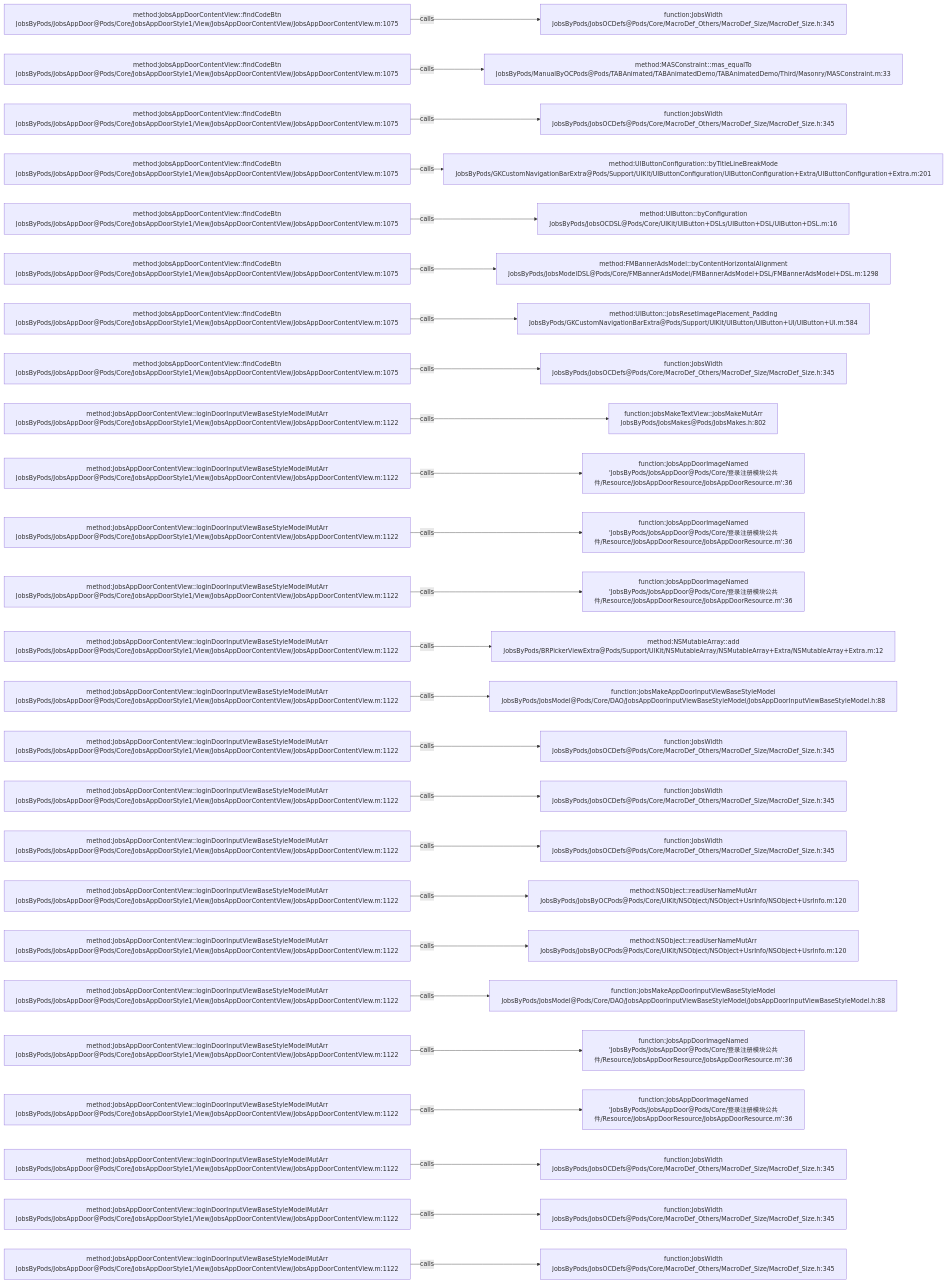
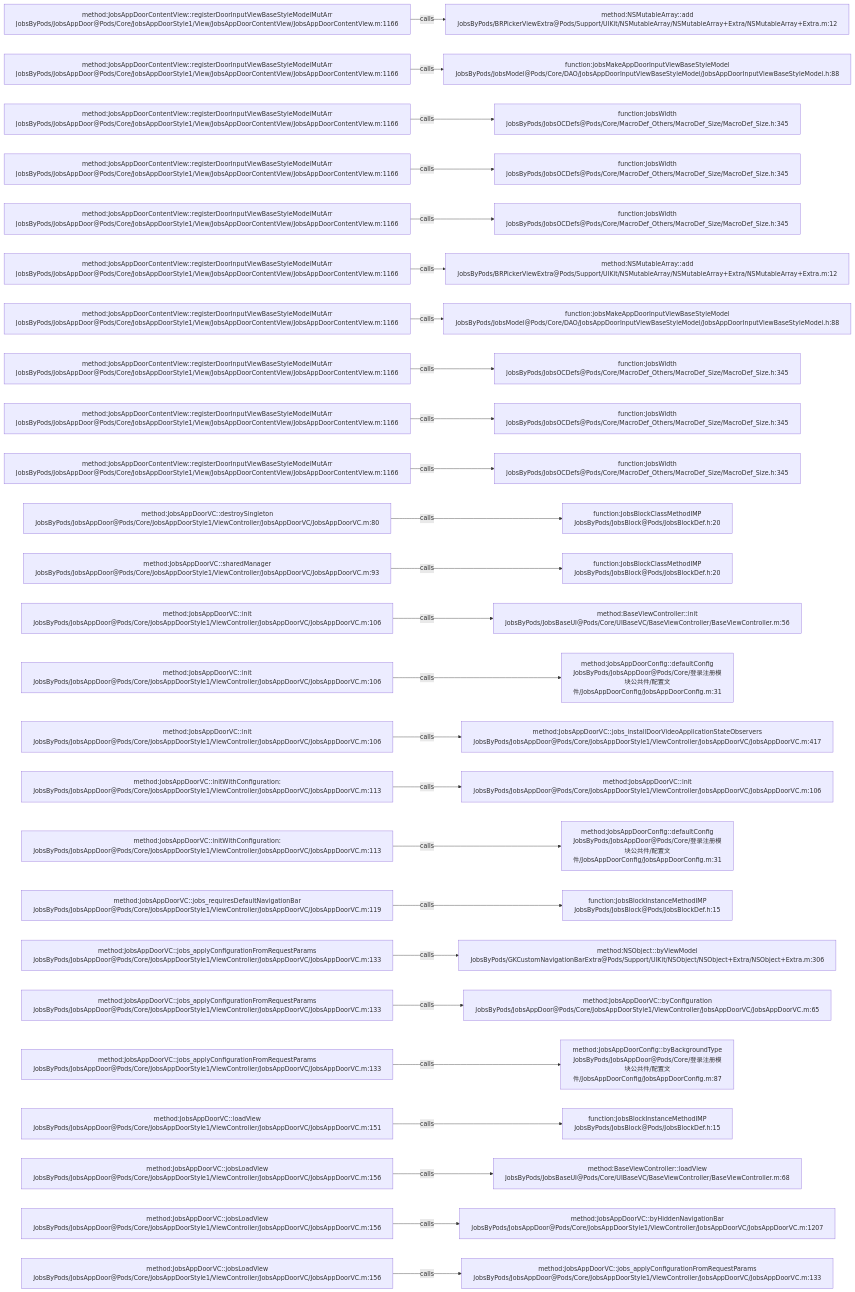
One commit to JobsKits/JobsOCBaseConfigDemo changed the diagram in .codegraph/codegraph.md/graphs/calls-104.md. Above: the diagram before and after it, drawn with Mermaid. The commit also changed 223 other files, not shown here.

````diff
--- a/.codegraph/codegraph.md/graphs/calls-104.md
+++ b/.codegraph/codegraph.md/graphs/calls-104.md
@@ -13,78 +13,78 @@
 ```mermaid
 flowchart LR
-  S1["method:JobsAppDoorContentView::findCodeBtn<br/>JobsByPods/JobsAppDoor@Pods/Core/JobsAppDoorStyle1/View/JobsAppDoorContentView/JobsAppDoorContentView.m:1075"]
-  T1["function:JobsWidth<br/>JobsByPods/JobsOCDefs@Pods/Core/MacroDef_Others/MacroDef_Size/MacroDef_Size.h:345"]
+  S1["method:JobsAppDoorContentView::registerDoorInputViewBaseStyleModelMutArr<br/>JobsByPods/JobsAppDoor@Pods/Core/JobsAppDoorStyle1/View/JobsAppDoorContentView/JobsAppDoorContentView.m:1166"]
+  T1["method:NSMutableArray::add<br/>JobsByPods/BRPickerViewExtra@Pods/Support/UIKit/NSMutableArray/NSMutableArray+Extra/NSMutableArray+Extra.m:12"]
   S1 -->|calls| T1
-  S2["method:JobsAppDoorContentView::findCodeBtn<br/>JobsByPods/JobsAppDoor@Pods/Core/JobsAppDoorStyle1/View/JobsAppDoorContentView/JobsAppDoorContentView.m:1075"]
-  T2["method:MASConstraint::mas_equalTo<br/>JobsByPods/ManualByOCPods@Pods/TABAnimated/TABAnimatedDemo/TABAnimatedDemo/Third/Masonry/MASConstraint.m:33"]
+  S2["method:JobsAppDoorContentView::registerDoorInputViewBaseStyleModelMutArr<br/>JobsByPods/JobsAppDoor@Pods/Core/JobsAppDoorStyle1/View/JobsAppDoorContentView/JobsAppDoorContentView.m:1166"]
+  T2["function:jobsMakeAppDoorInputViewBaseStyleModel<br/>JobsByPods/JobsModel@Pods/Core/DAO/JobsAppDoorInputViewBaseStyleModel/JobsAppDoorInputViewBaseStyleModel.h:88"]
   S2 -->|calls| T2
-  S3["method:JobsAppDoorContentView::findCodeBtn<br/>JobsByPods/JobsAppDoor@Pods/Core/JobsAppDoorStyle1/View/JobsAppDoorContentView/JobsAppDoorContentView.m:1075"]
+  S3["method:JobsAppDoorContentView::registerDoorInputViewBaseStyleModelMutArr<br/>JobsByPods/JobsAppDoor@Pods/Core/JobsAppDoorStyle1/View/JobsAppDoorContentView/JobsAppDoorContentView.m:1166"]
   T3["function:JobsWidth<br/>JobsByPods/JobsOCDefs@Pods/Core/MacroDef_Others/MacroDef_Size/MacroDef_Size.h:345"]
   S3 -->|calls| T3
-  S4["method:JobsAppDoorContentView::findCodeBtn<br/>JobsByPods/JobsAppDoor@Pods/Core/JobsAppDoorStyle1/View/JobsAppDoorContentView/JobsAppDoorContentView.m:1075"]
-  T4["method:UIButtonConfiguration::byTitleLineBreakMode<br/>JobsByPods/GKCustomNavigationBarExtra@Pods/Support/UIKit/UIButtonConfiguration/UIButtonConfiguration+Extra/UIButtonConfiguration+Extra.m:201"]
+  S4["method:JobsAppDoorContentView::registerDoorInputViewBaseStyleModelMutArr<br/>JobsByPods/JobsAppDoor@Pods/Core/JobsAppDoorStyle1/View/JobsAppDoorContentView/JobsAppDoorContentView.m:1166"]
+  T4["function:JobsWidth<br/>JobsByPods/JobsOCDefs@Pods/Core/MacroDef_Others/MacroDef_Size/MacroDef_Size.h:345"]
   S4 -->|calls| T4
-  S5["method:JobsAppDoorContentView::findCodeBtn<br/>JobsByPods/JobsAppDoor@Pods/Core/JobsAppDoorStyle1/View/JobsAppDoorContentView/JobsAppDoorContentView.m:1075"]
-  T5["method:UIButton::byConfiguration<br/>JobsByPods/JobsOCDSL@Pods/Core/UIKit/UIButton+DSLs/UIButton+DSL/UIButton+DSL.m:16"]
+  S5["method:JobsAppDoorContentView::registerDoorInputViewBaseStyleModelMutArr<br/>JobsByPods/JobsAppDoor@Pods/Core/JobsAppDoorStyle1/View/JobsAppDoorContentView/JobsAppDoorContentView.m:1166"]
+  T5["function:JobsWidth<br/>JobsByPods/JobsOCDefs@Pods/Core/MacroDef_Others/MacroDef_Size/MacroDef_Size.h:345"]
   S5 -->|calls| T5
-  S6["method:JobsAppDoorContentView::findCodeBtn<br/>JobsByPods/JobsAppDoor@Pods/Core/JobsAppDoorStyle1/View/JobsAppDoorContentView/JobsAppDoorContentView.m:1075"]
-  T6["method:FMBannerAdsModel::byContentHorizontalAlignment<br/>JobsByPods/JobsModelDSL@Pods/Core/FMBannerAdsModel/FMBannerAdsModel+DSL/FMBannerAdsModel+DSL.m:1298"]
+  S6["method:JobsAppDoorContentView::registerDoorInputViewBaseStyleModelMutArr<br/>JobsByPods/JobsAppDoor@Pods/Core/JobsAppDoorStyle1/View/JobsAppDoorContentView/JobsAppDoorContentView.m:1166"]
+  T6["method:NSMutableArray::add<br/>JobsByPods/BRPickerViewExtra@Pods/Support/UIKit/NSMutableArray/NSMutableArray+Extra/NSMutableArray+Extra.m:12"]
   S6 -->|calls| T6
-  S7["method:JobsAppDoorContentView::findCodeBtn<br/>JobsByPods/JobsAppDoor@Pods/Core/JobsAppDoorStyle1/View/JobsAppDoorContentView/JobsAppDoorContentView.m:1075"]
-  T7["method:UIButton::jobsResetImagePlacement_Padding<br/>JobsByPods/GKCustomNavigationBarExtra@Pods/Support/UIKit/UIButton/UIButton+UI/UIButton+UI.m:584"]
+  S7["method:JobsAppDoorContentView::registerDoorInputViewBaseStyleModelMutArr<br/>JobsByPods/JobsAppDoor@Pods/Core/JobsAppDoorStyle1/View/JobsAppDoorContentView/JobsAppDoorContentView.m:1166"]
+  T7["function:jobsMakeAppDoorInputViewBaseStyleModel<br/>JobsByPods/JobsModel@Pods/Core/DAO/JobsAppDoorInputViewBaseStyleModel/JobsAppDoorInputViewBaseStyleModel.h:88"]
   S7 -->|calls| T7
-  S8["method:JobsAppDoorContentView::findCodeBtn<br/>JobsByPods/JobsAppDoor@Pods/Core/JobsAppDoorStyle1/View/JobsAppDoorContentView/JobsAppDoorContentView.m:1075"]
+  S8["method:JobsAppDoorContentView::registerDoorInputViewBaseStyleModelMutArr<br/>JobsByPods/JobsAppDoor@Pods/Core/JobsAppDoorStyle1/View/JobsAppDoorContentView/JobsAppDoorContentView.m:1166"]
   T8["function:JobsWidth<br/>JobsByPods/JobsOCDefs@Pods/Core/MacroDef_Others/MacroDef_Size/MacroDef_Size.h:345"]
   S8 -->|calls| T8
-  S9["method:JobsAppDoorContentView::loginDoorInputViewBaseStyleModelMutArr<br/>JobsByPods/JobsAppDoor@Pods/Core/JobsAppDoorStyle1/View/JobsAppDoorContentView/JobsAppDoorContentView.m:1122"]
-  T9["function:jobsMakeTextView::jobsMakeMutArr<br/>JobsByPods/JobsMakes@Pods/JobsMakes.h:802"]
+  S9["method:JobsAppDoorContentView::registerDoorInputViewBaseStyleModelMutArr<br/>JobsByPods/JobsAppDoor@Pods/Core/JobsAppDoorStyle1/View/JobsAppDoorContentView/JobsAppDoorContentView.m:1166"]
+  T9["function:JobsWidth<br/>JobsByPods/JobsOCDefs@Pods/Core/MacroDef_Others/MacroDef_Size/MacroDef_Size.h:345"]
   S9 -->|calls| T9
-  S10["method:JobsAppDoorContentView::loginDoorInputViewBaseStyleModelMutArr<br/>JobsByPods/JobsAppDoor@Pods/Core/JobsAppDoorStyle1/View/JobsAppDoorContentView/JobsAppDoorContentView.m:1122"]
-  T10["function:JobsAppDoorImageNamed<br/>'JobsByPods/JobsAppDoor@Pods/Core/登录注册模块公共件/Resource/JobsAppDoorResource/JobsAppDoorResource.m':36"]
+  S10["method:JobsAppDoorContentView::registerDoorInputViewBaseStyleModelMutArr<br/>JobsByPods/JobsAppDoor@Pods/Core/JobsAppDoorStyle1/View/JobsAppDoorContentView/JobsAppDoorContentView.m:1166"]
+  T10["function:JobsWidth<br/>JobsByPods/JobsOCDefs@Pods/Core/MacroDef_Others/MacroDef_Size/MacroDef_Size.h:345"]
   S10 -->|calls| T10
-  S11["method:JobsAppDoorContentView::loginDoorInputViewBaseStyleModelMutArr<br/>JobsByPods/JobsAppDoor@Pods/Core/JobsAppDoorStyle1/View/JobsAppDoorContentView/JobsAppDoorContentView.m:1122"]
-  T11["function:JobsAppDoorImageNamed<br/>'JobsByPods/JobsAppDoor@Pods/Core/登录注册模块公共件/Resource/JobsAppDoorResource/JobsAppDoorResource.m':36"]
+  S11["method:JobsAppDoorVC::destroySingleton<br/>JobsByPods/JobsAppDoor@Pods/Core/JobsAppDoorStyle1/ViewController/JobsAppDoorVC/JobsAppDoorVC.m:80"]
+  T11["function:JobsBlockClassMethodIMP<br/>JobsByPods/JobsBlock@Pods/JobsBlockDef.h:20"]
   S11 -->|calls| T11
-  S12["method:JobsAppDoorContentView::loginDoorInputViewBaseStyleModelMutArr<br/>JobsByPods/JobsAppDoor@Pods/Core/JobsAppDoorStyle1/View/JobsAppDoorContentView/JobsAppDoorContentView.m:1122"]
-  T12["function:JobsAppDoorImageNamed<br/>'JobsByPods/JobsAppDoor@Pods/Core/登录注册模块公共件/Resource/JobsAppDoorResource/JobsAppDoorResource.m':36"]
+  S12["method:JobsAppDoorVC::sharedManager<br/>JobsByPods/JobsAppDoor@Pods/Core/JobsAppDoorStyle1/ViewController/JobsAppDoorVC/JobsAppDoorVC.m:93"]
+  T12["function:JobsBlockClassMethodIMP<br/>JobsByPods/JobsBlock@Pods/JobsBlockDef.h:20"]
   S12 -->|calls| T12
-  S13["method:JobsAppDoorContentView::loginDoorInputViewBaseStyleModelMutArr<br/>JobsByPods/JobsAppDoor@Pods/Core/JobsAppDoorStyle1/View/JobsAppDoorContentView/JobsAppDoorContentView.m:1122"]
-  T13["method:NSMutableArray::add<br/>JobsByPods/BRPickerViewExtra@Pods/Support/UIKit/NSMutableArray/NSMutableArray+Extra/NSMutableArray+Extra.m:12"]
+  S13["method:JobsAppDoorVC::init<br/>JobsByPods/JobsAppDoor@Pods/Core/JobsAppDoorStyle1/ViewController/JobsAppDoorVC/JobsAppDoorVC.m:106"]
+  T13["method:BaseViewController::init<br/>JobsByPods/JobsBaseUI@Pods/Core/UIBaseVC/BaseViewController/BaseViewController.m:56"]
   S13 -->|calls| T13
-  S14["method:JobsAppDoorContentView::loginDoorInputViewBaseStyleModelMutArr<br/>JobsByPods/JobsAppDoor@Pods/Core/JobsAppDoorStyle1/View/JobsAppDoorContentView/JobsAppDoorContentView.m:1122"]
-  T14["function:jobsMakeAppDoorInputViewBaseStyleModel<br/>JobsByPods/JobsModel@Pods/Core/DAO/JobsAppDoorInputViewBaseStyleModel/JobsAppDoorInputViewBaseStyleModel.h:88"]
+  S14["method:JobsAppDoorVC::init<br/>JobsByPods/JobsAppDoor@Pods/Core/JobsAppDoorStyle1/ViewController/JobsAppDoorVC/JobsAppDoorVC.m:106"]
+  T14["method:JobsAppDoorConfig::defaultConfig<br/>JobsByPods/JobsAppDoor@Pods/Core/登录注册模块公共件/配置文件/JobsAppDoorConfig/JobsAppDoorConfig.m:31"]
   S14 -->|calls| T14
-  S15["method:JobsAppDoorContentView::loginDoorInputViewBaseStyleModelMutArr<br/>JobsByPods/JobsAppDoor@Pods/Core/JobsAppDoorStyle1/View/JobsAppDoorContentView/JobsAppDoorContentView.m:1122"]
-  T15["function:JobsWidth<br/>JobsByPods/JobsOCDefs@Pods/Core/MacroDef_Others/MacroDef_Size/MacroDef_Size.h:345"]
+  S15["method:JobsAppDoorVC::init<br/>JobsByPods/JobsAppDoor@Pods/Core/JobsAppDoorStyle1/ViewController/JobsAppDoorVC/JobsAppDoorVC.m:106"]
+  T15["method:JobsAppDoorVC::jobs_installDoorVideoApplicationStateObservers<br/>JobsByPods/JobsAppDoor@Pods/Core/JobsAppDoorStyle1/ViewController/JobsAppDoorVC/JobsAppDoorVC.m:417"]
   S15 -->|calls| T15
-  S16["method:JobsAppDoorContentView::loginDoorInputViewBaseStyleModelMutArr<br/>JobsByPods/JobsAppDoor@Pods/Core/JobsAppDoorStyle1/View/JobsAppDoorContentView/JobsAppDoorContentView.m:1122"]
-  T16["function:JobsWidth<br/>JobsByPods/JobsOCDefs@Pods/Core/MacroDef_Others/MacroDef_Size/MacroDef_Size.h:345"]
+  S16["method:JobsAppDoorVC::initWithConfiguration:<br/>JobsByPods/JobsAppDoor@Pods/Core/JobsAppDoorStyle1/ViewController/JobsAppDoorVC/JobsAppDoorVC.m:113"]
+  T16["method:JobsAppDoorVC::init<br/>JobsByPods/JobsAppDoor@Pods/Core/JobsAppDoorStyle1/ViewController/JobsAppDoorVC/JobsAppDoorVC.m:106"]
   S16 -->|calls| T16
-  S17["method:JobsAppDoorContentView::loginDoorInputViewBaseStyleModelMutArr<br/>JobsByPods/JobsAppDoor@Pods/Core/JobsAppDoorStyle1/View/JobsAppDoorContentView/JobsAppDoorContentView.m:1122"]
-  T17["function:JobsWidth<br/>JobsByPods/JobsOCDefs@Pods/Core/MacroDef_Others/MacroDef_Size/MacroDef_Size.h:345"]
+  S17["method:JobsAppDoorVC::initWithConfiguration:<br/>JobsByPods/JobsAppDoor@Pods/Core/JobsAppDoorStyle1/ViewController/JobsAppDoorVC/JobsAppDoorVC.m:113"]
+  T17["method:JobsAppDoorConfig::defaultConfig<br/>JobsByPods/JobsAppDoor@Pods/Core/登录注册模块公共件/配置文件/JobsAppDoorConfig/JobsAppDoorConfig.m:31"]
   S17 -->|calls| T17
-  S18["method:JobsAppDoorContentView::loginDoorInputViewBaseStyleModelMutArr<br/>JobsByPods/JobsAppDoor@Pods/Core/JobsAppDoorStyle1/View/JobsAppDoorContentView/JobsAppDoorContentView.m:1122"]
-  T18["method:NSObject::readUserNameMutArr<br/>JobsByPods/JobsByOCPods@Pods/Core/UIKit/NSObject/NSObject+UsrInfo/NSObject+UsrInfo.m:120"]
+  S18["method:JobsAppDoorVC::jobs_requiresDefaultNavigationBar<br/>JobsByPods/JobsAppDoor@Pods/Core/JobsAppDoorStyle1/ViewController/JobsAppDoorVC/JobsAppDoorVC.m:119"]
+  T18["function:JobsBlockInstanceMethodIMP<br/>JobsByPods/JobsBlock@Pods/JobsBlockDef.h:15"]
   S18 -->|calls| T18
-  S19["method:JobsAppDoorContentView::loginDoorInputViewBaseStyleModelMutArr<br/>JobsByPods/JobsAppDoor@Pods/Core/JobsAppDoorStyle1/View/JobsAppDoorContentView/JobsAppDoorContentView.m:1122"]
-  T19["method:NSObject::readUserNameMutArr<br/>JobsByPods/JobsByOCPods@Pods/Core/UIKit/NSObject/NSObject+UsrInfo/NSObject+UsrInfo.m:120"]
+  S19["method:JobsAppDoorVC::jobs_applyConfigurationFromRequestParams<br/>JobsByPods/JobsAppDoor@Pods/Core/JobsAppDoorStyle1/ViewController/JobsAppDoorVC/JobsAppDoorVC.m:133"]
+  T19["method:NSObject::byViewModel<br/>JobsByPods/GKCustomNavigationBarExtra@Pods/Support/UIKit/NSObject/NSObject+Extra/NSObject+Extra.m:306"]
   S19 -->|calls| T19
-  S20["method:JobsAppDoorContentView::loginDoorInputViewBaseStyleModelMutArr<br/>JobsByPods/JobsAppDoor@Pods/Core/JobsAppDoorStyle1/View/JobsAppDoorContentView/JobsAppDoorContentView.m:1122"]
-  T20["function:jobsMakeAppDoorInputViewBaseStyleModel<br/>JobsByPods/JobsModel@Pods/Core/DAO/JobsAppDoorInputViewBaseStyleModel/JobsAppDoorInputViewBaseStyleModel.h:88"]
+  S20["method:JobsAppDoorVC::jobs_applyConfigurationFromRequestParams<br/>JobsByPods/JobsAppDoor@Pods/Core/JobsAppDoorStyle1/ViewController/JobsAppDoorVC/JobsAppDoorVC.m:133"]
+  T20["method:JobsAppDoorVC::byConfiguration<br/>JobsByPods/JobsAppDoor@Pods/Core/JobsAppDoorStyle1/ViewController/JobsAppDoorVC/JobsAppDoorVC.m:65"]
   S20 -->|calls| T20
-  S21["method:JobsAppDoorContentView::loginDoorInputViewBaseStyleModelMutArr<br/>JobsByPods/JobsAppDoor@Pods/Core/JobsAppDoorStyle1/View/JobsAppDoorContentView/JobsAppDoorContentView.m:1122"]
-  T21["function:JobsAppDoorImageNamed<br/>'JobsByPods/JobsAppDoor@Pods/Core/登录注册模块公共件/Resource/JobsAppDoorResource/JobsAppDoorResource.m':36"]
+  S21["method:JobsAppDoorVC::jobs_applyConfigurationFromRequestParams<br/>JobsByPods/JobsAppDoor@Pods/Core/JobsAppDoorStyle1/ViewController/JobsAppDoorVC/JobsAppDoorVC.m:133"]
+  T21["method:JobsAppDoorConfig::byBackgroundType<br/>JobsByPods/JobsAppDoor@Pods/Core/登录注册模块公共件/配置文件/JobsAppDoorConfig/JobsAppDoorConfig.m:87"]
   S21 -->|calls| T21
-  S22["method:JobsAppDoorContentView::loginDoorInputViewBaseStyleModelMutArr<br/>JobsByPods/JobsAppDoor@Pods/Core/JobsAppDoorStyle1/View/JobsAppDoorContentView/JobsAppDoorContentView.m:1122"]
-  T22["function:JobsAppDoorImageNamed<br/>'JobsByPods/JobsAppDoor@Pods/Core/登录注册模块公共件/Resource/JobsAppDoorResource/JobsAppDoorResource.m':36"]
+  S22["method:JobsAppDoorVC::loadView<br/>JobsByPods/JobsAppDoor@Pods/Core/JobsAppDoorStyle1/ViewController/JobsAppDoorVC/JobsAppDoorVC.m:151"]
+  T22["function:JobsBlockInstanceMethodIMP<br/>JobsByPods/JobsBlock@Pods/JobsBlockDef.h:15"]
   S22 -->|calls| T22
-  S23["method:JobsAppDoorContentView::loginDoorInputViewBaseStyleModelMutArr<br/>JobsByPods/JobsAppDoor@Pods/Core/JobsAppDoorStyle1/View/JobsAppDoorContentView/JobsAppDoorContentView.m:1122"]
-  T23["function:JobsWidth<br/>JobsByPods/JobsOCDefs@Pods/Core/MacroDef_Others/MacroDef_Size/MacroDef_Size.h:345"]
+  S23["method:JobsAppDoorVC::jobsLoadView<br/>JobsByPods/JobsAppDoor@Pods/Core/JobsAppDoorStyle1/ViewController/JobsAppDoorVC/JobsAppDoorVC.m:156"]
+  T23["method:BaseViewController::loadView<br/>JobsByPods/JobsBaseUI@Pods/Core/UIBaseVC/BaseViewController/BaseViewController.m:68"]
   S23 -->|calls| T23
-  S24["method:JobsAppDoorContentView::loginDoorInputViewBaseStyleModelMutArr<br/>JobsByPods/JobsAppDoor@Pods/Core/JobsAppDoorStyle1/View/JobsAppDoorContentView/JobsAppDoorContentView.m:1122"]
-  T24["function:JobsWidth<br/>JobsByPods/JobsOCDefs@Pods/Core/MacroDef_Others/MacroDef_Size/MacroDef_Size.h:345"]
+  S24["method:JobsAppDoorVC::jobsLoadView<br/>JobsByPods/JobsAppDoor@Pods/Core/JobsAppDoorStyle1/ViewController/JobsAppDoorVC/JobsAppDoorVC.m:156"]
+  T24["method:JobsAppDoorVC::byHiddenNavigationBar<br/>JobsByPods/JobsAppDoor@Pods/Core/JobsAppDoorStyle1/ViewController/JobsAppDoorVC/JobsAppDoorVC.m:1207"]
   S24 -->|calls| T24
-  S25["method:JobsAppDoorContentView::loginDoorInputViewBaseStyleModelMutArr<br/>JobsByPods/JobsAppDoor@Pods/Core/JobsAppDoorStyle1/View/JobsAppDoorContentView/JobsAppDoorContentView.m:1122"]
-  T25["function:JobsWidth<br/>JobsByPods/JobsOCDefs@Pods/Core/MacroDef_Others/MacroDef_Size/MacroDef_Size.h:345"]
+  S25["method:JobsAppDoorVC::jobsLoadView<br/>JobsByPods/JobsAppDoor@Pods/Core/JobsAppDoorStyle1/ViewController/JobsAppDoorVC/JobsAppDoorVC.m:156"]
+  T25["method:JobsAppDoorVC::jobs_applyConfigurationFromRequestParams<br/>JobsByPods/JobsAppDoor@Pods/Core/JobsAppDoorStyle1/ViewController/JobsAppDoorVC/JobsAppDoorVC.m:133"]
   S25 -->|calls| T25
 ```
````
